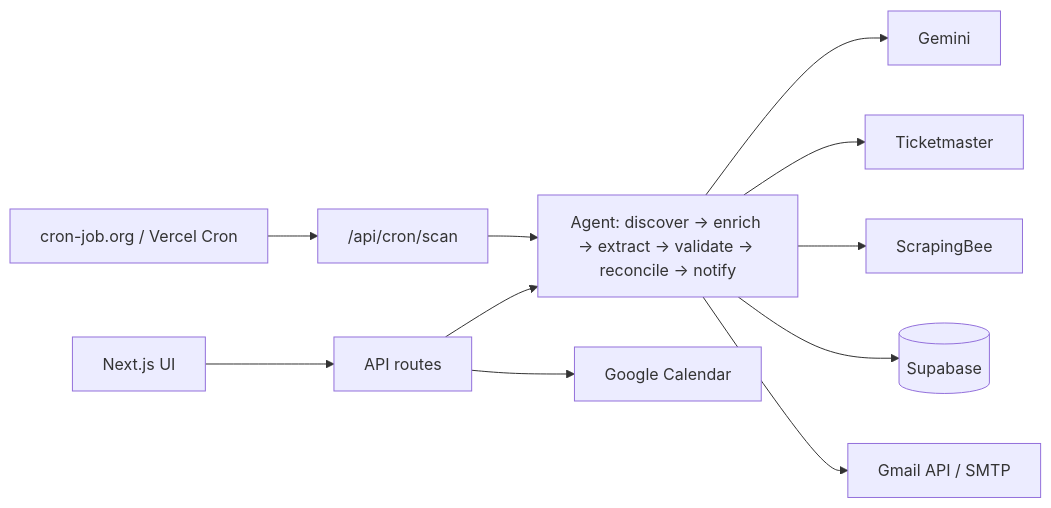
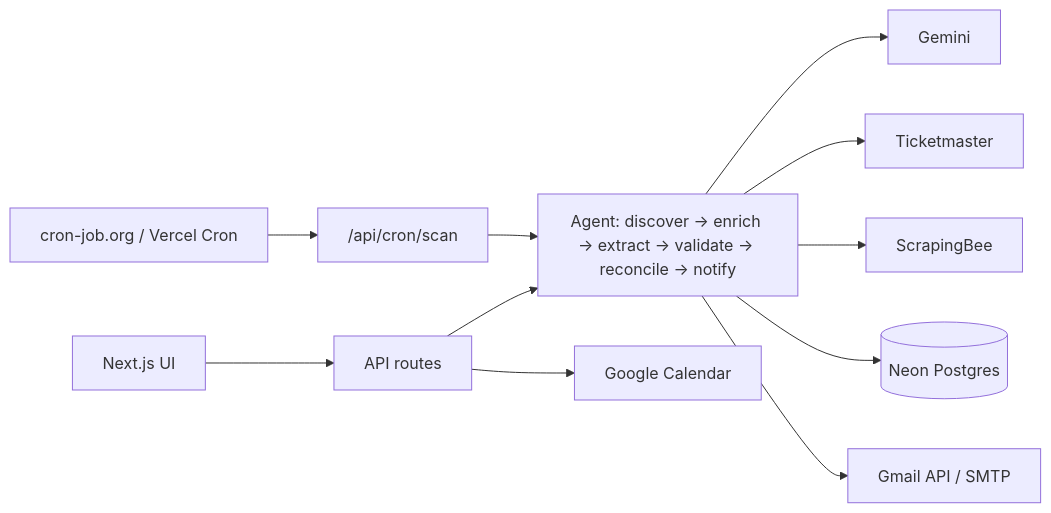
One commit to pratikshak-maker/Live-show-radar changed the diagram in README.md. Above: the diagram before and after it, drawn with Mermaid. The commit also changed other lines of this file and 45 other files, not shown here.

First line of the commit message:
Switch database to Neon Postgres; move workflows to docs until token has workflow scope

````diff
--- a/README.md
+++ b/README.md
@@ -26,10 +26,10 @@
 ```mermaid
 flowchart LR
   Sched[cron-job.org / Vercel Cron] --> Cron["/api/cron/scan"] --> Agent
   UI[Next.js UI] --> API[API routes] --> Agent
   Agent[Agent: discover → enrich → extract → validate → reconcile → notify]
   Agent --> Gemini & TM[Ticketmaster] & SB[ScrapingBee]
-  Agent --> DB[(Supabase)]
+  Agent --> DB[(Neon Postgres)]
   Agent --> Gmail[Gmail API / SMTP]
   API --> Cal[Google Calendar]
 ```
````
